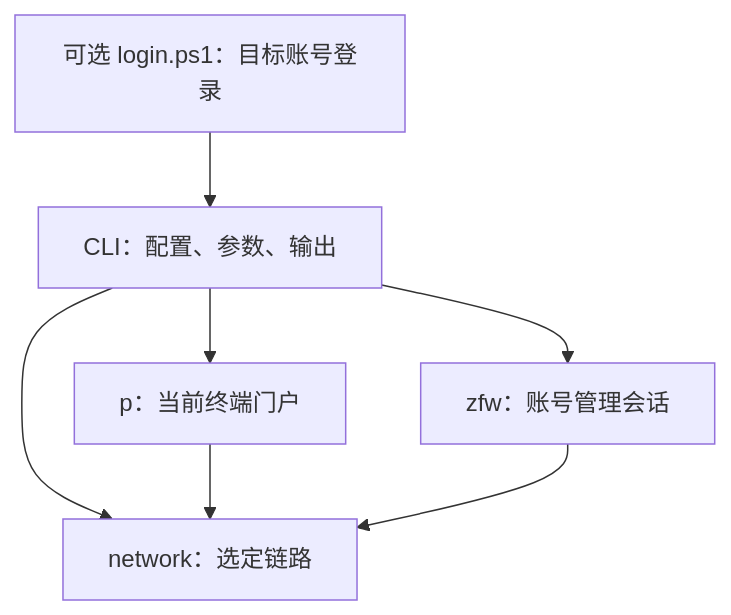
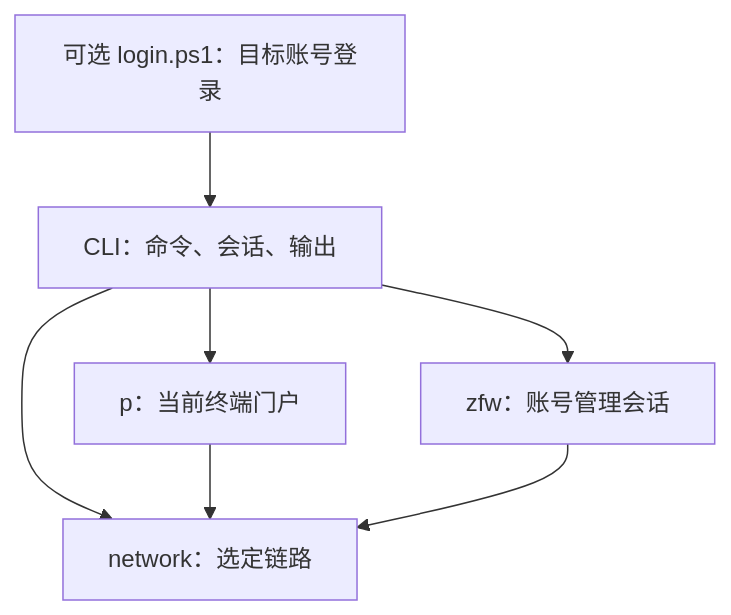
One commit to hicancan/njupt-net changed the diagram in docs/architecture.md. Above: the diagram before and after it, drawn with Mermaid. The commit also changed other lines of this file and 77 other files, not shown here.

````diff
--- a/docs/architecture.md
+++ b/docs/architecture.md
@@ -49,9 +55,9 @@
 ```mermaid
 flowchart TB
     Examples[可选 login.ps1：目标账号登录] --> CLI
-    CLI[CLI：配置、参数、输出] --> P[p：当前终端门户]
+    CLI[CLI：命令、会话、输出] --> P[p：当前终端门户]
     CLI --> Z[zfw：账号管理会话]
     CLI --> N[network：选定链路]
     P --> N
     Z --> N
 ```
````
